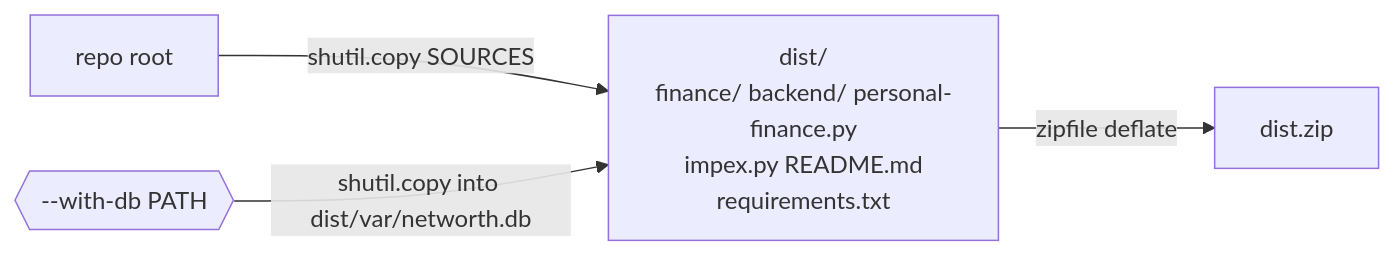
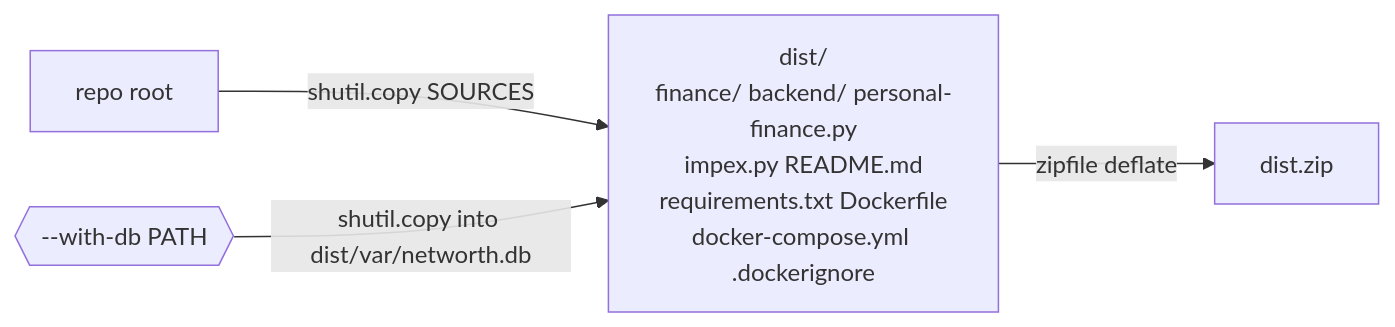
The sixth of 6 diagrams in diagrams.md (schprojects/personal-finance), drawn with Mermaid before and after one commit. The commit also changed other lines of this file and 9 other files, not shown here.

Commit message:
docs: specs, README, diagrams and test docs

````diff
--- a/diagrams.md
+++ b/diagrams.md
@@ -337,11 +358,11 @@
 ```mermaid
 flowchart LR
     Repo["repo root"]
-    Dist["dist/<br/>finance/ backend/ personal-finance.py<br/>impex.py README.md<br/>requirements.txt"]
+    Dist["dist/<br/>finance/ backend/ personal-finance.py<br/>impex.py README.md<br/>requirements.txt Dockerfile<br/>docker-compose.yml .dockerignore"]
     Zip["dist.zip"]
     Seed{{"--with-db PATH"}}
 
     Repo -- "shutil.copy SOURCES" --> Dist
     Seed -- "shutil.copy into dist/var/networth.db" --> Dist
     Dist -- "zipfile deflate" --> Zip
 ```
````
